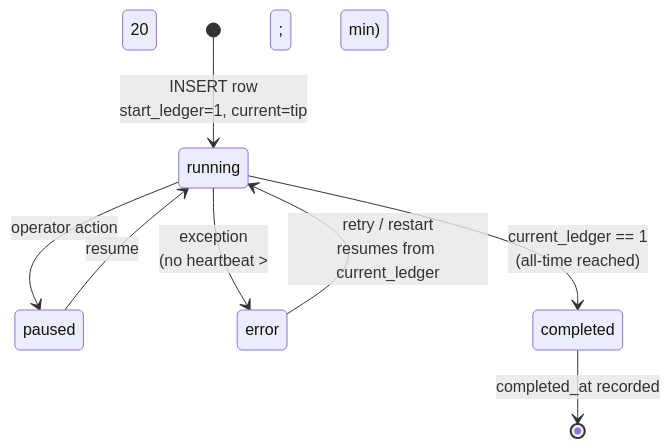
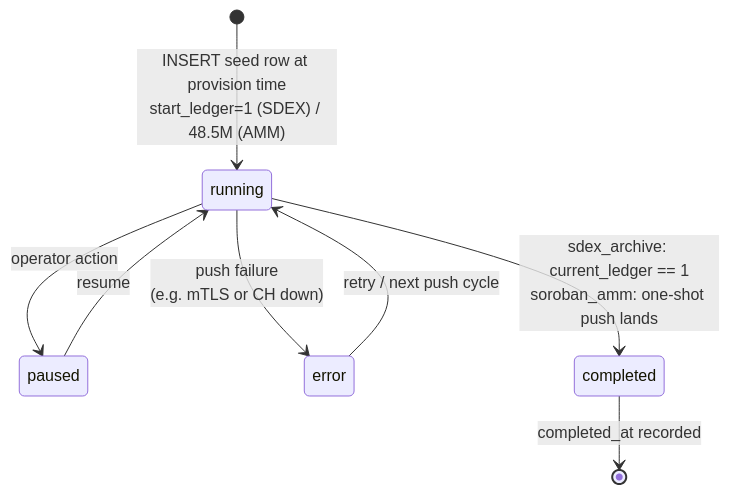
The tenth of 13 diagrams in docs/database-schema/database-schema-overview.md (rumblefishdev/stellar-prices-api), drawn with Mermaid before and after one commit. The commit also changed other lines of this file and 2 other files, not shown here.

First line of the commit message:
docs(lore-0049): rewrite database-schema/ for ADR 0007 (Hetzner CH)

````diff
--- a/docs/database-schema/database-schema-overview.md
+++ b/docs/database-schema/database-schema-overview.md
@@ -970,10 +1167,10 @@
 ```mermaid
 stateDiagram-v2
-    [*] --> running : INSERT row<br/>start_ledger=1, current=tip
+    [*] --> running : INSERT seed row at provision time<br/>start_ledger=1 (SDEX) / 48.5M (AMM)
     running --> paused : operator action
     paused --> running : resume
-    running --> error : exception<br/>(no heartbeat &gt; 20 min)
-    error --> running : retry / restart<br/>resumes from current_ledger
-    running --> completed : current_ledger == 1<br/>(all-time reached)
+    running --> error : push failure<br/>(e.g. mTLS or CH down)
+    error --> running : retry / next push cycle
+    running --> completed : sdex_archive: current_ledger == 1<br/>soroban_amm: one-shot push lands
     completed --> [*] : completed_at recorded
 ```
````
